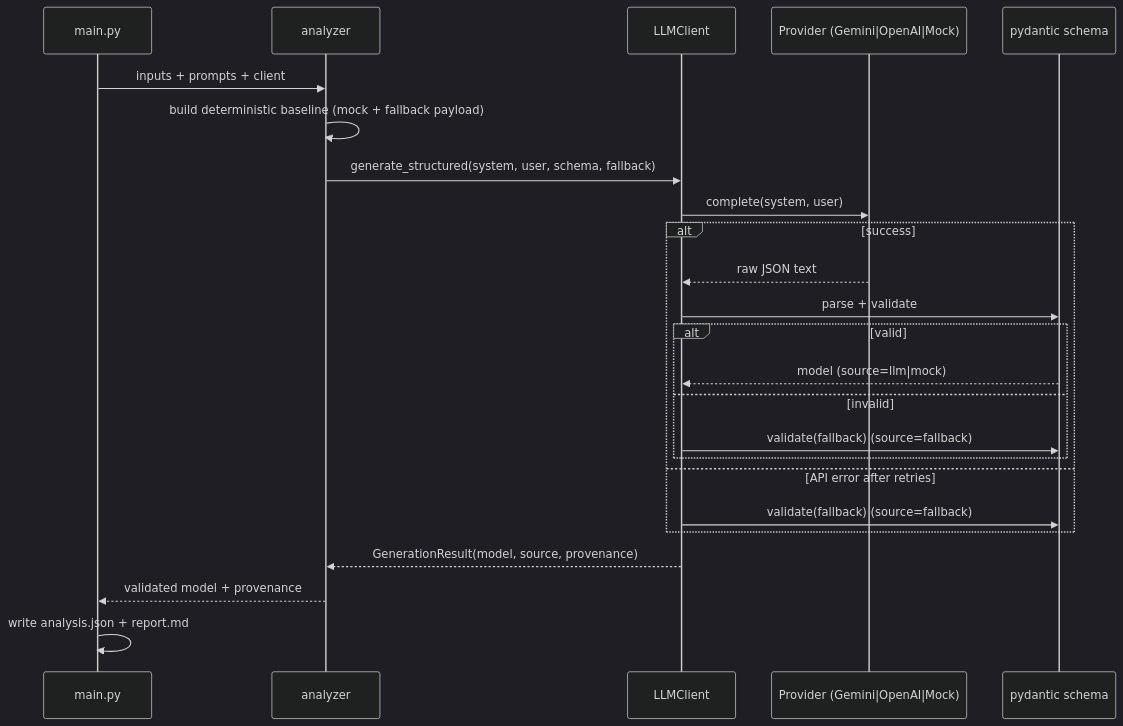
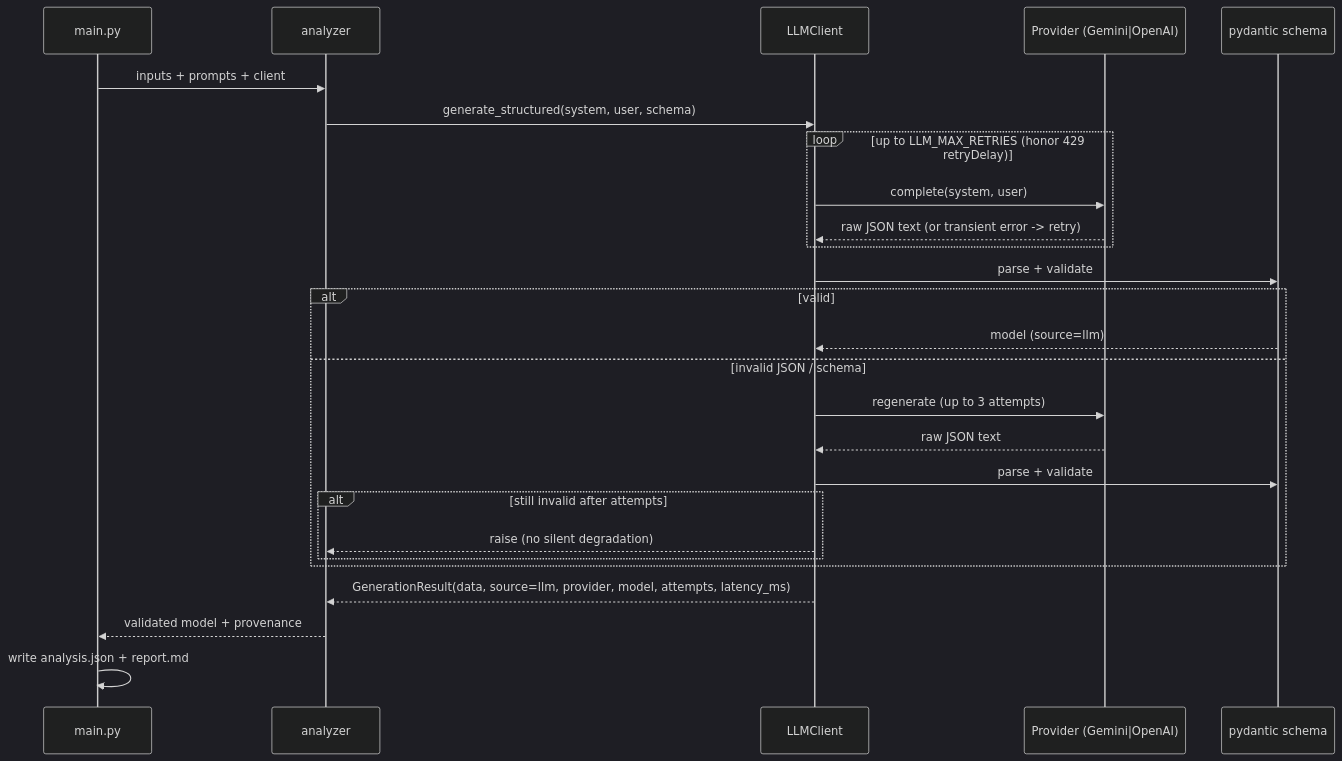
Before and after one commit to nicolyyr/bradesco-bbi-ai-challenge: the diagram in ARCHITECTURE.md, drawn with Mermaid (dark theme). The commit also changed other lines of this file and 23 other files, not shown here.

First line of the commit message:
refactor: pure-LLM — remove mock provider and deterministic fallback

````diff
--- a/ARCHITECTURE.md
+++ b/ARCHITECTURE.md
@@ -63,27 +63,29 @@
 ```mermaid
 sequenceDiagram
     participant U as main.py
     participant A as analyzer
     participant C as LLMClient
-    participant P as Provider (Gemini|OpenAI|Mock)
+    participant P as Provider (Gemini|OpenAI)
     participant S as pydantic schema
 
     U->>A: inputs + prompts + client
-    A->>A: build deterministic baseline (mock + fallback payload)
-    A->>C: generate_structured(system, user, schema, fallback)
-    C->>P: complete(system, user)
-    alt success
+    A->>C: generate_structured(system, user, schema)
+    loop up to LLM_MAX_RETRIES (honor 429 retryDelay)
+        C->>P: complete(system, user)
+        P-->>C: raw JSON text (or transient error -> retry)
+    end
+    C->>S: parse + validate
+    alt valid
+        S-->>C: model  (source=llm)
+    else invalid JSON / schema
+        C->>P: regenerate (up to 3 attempts)
         P-->>C: raw JSON text
         C->>S: parse + validate
-        alt valid
-            S-->>C: model  (source=llm|mock)
-        else invalid
-            C->>S: validate(fallback)  (source=fallback)
+        alt still invalid after attempts
+            C-->>A: raise (no silent degradation)
         end
-    else API error after retries
-        C->>S: validate(fallback)  (source=fallback)
     end
-    C-->>A: GenerationResult(model, source, provenance)
+    C-->>A: GenerationResult(data, source=llm, provider, model, attempts, latency_ms)
     A-->>U: validated model + provenance
     U->>U: write analysis.json + report.md
 ```
````
